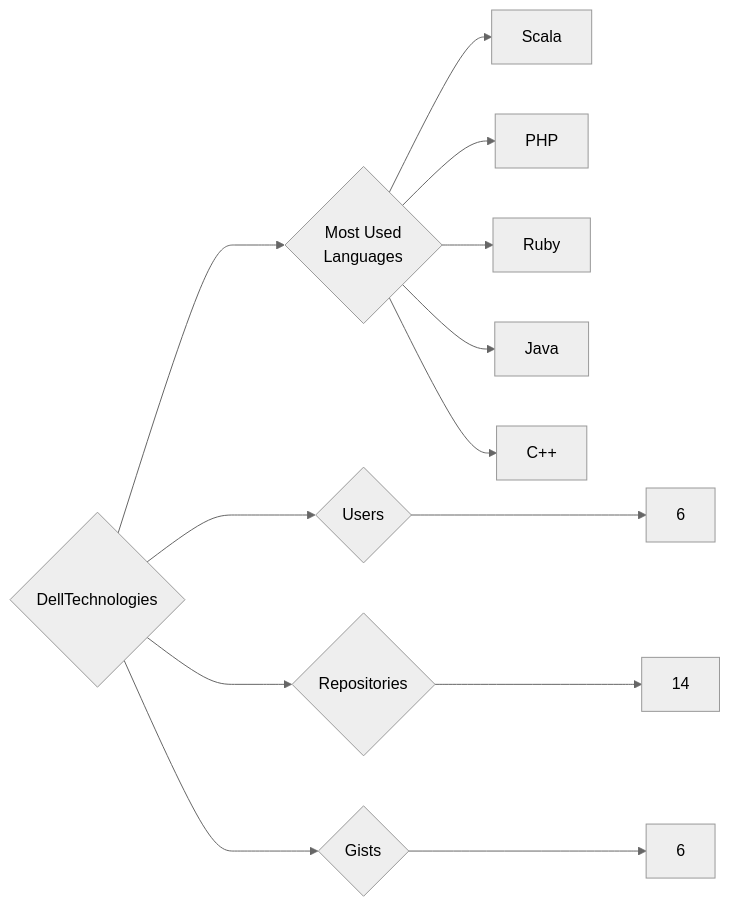
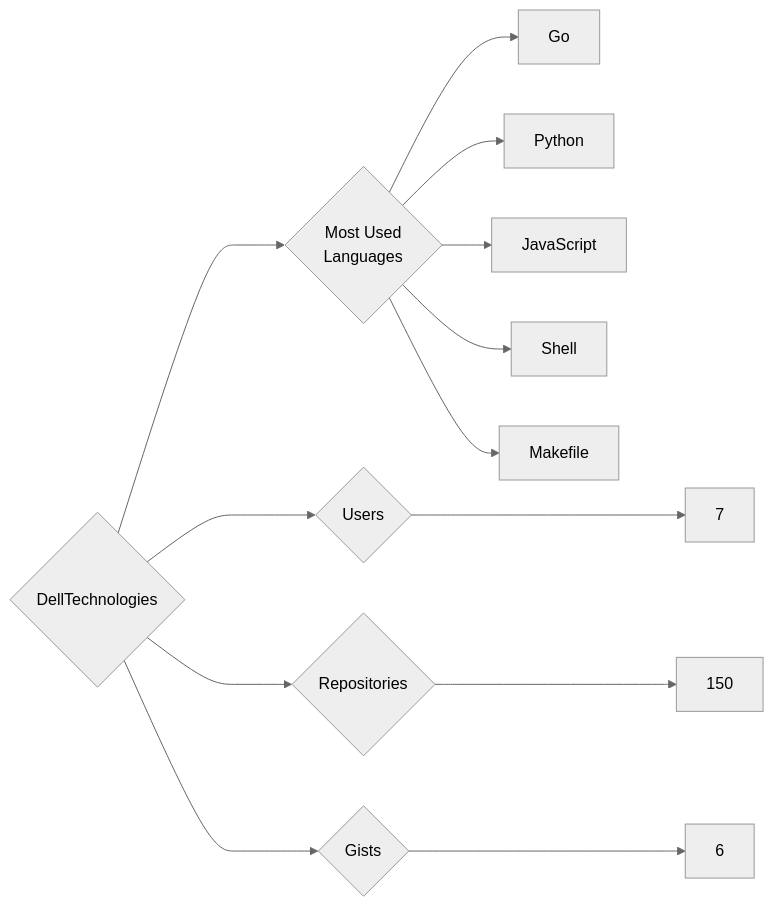
The diagram in targets/DellTechnologies/README.md (trickest/insiders), drawn with Mermaid (neutral theme) before and after one commit. The commit also changed 933 other files, not shown here.

````diff
--- a/targets/DellTechnologies/README.md
+++ b/targets/DellTechnologies/README.md
@@ -3,13 +3,13 @@
 ```mermaid
 graph LR
 COMPANY_NAME{DellTechnologies}
-COMPANY_NAME ---> U{Users} ---> UN[6]
-COMPANY_NAME ---> R{Repositories} ---> RN[14]
+COMPANY_NAME ---> U{Users} ---> UN[7]
+COMPANY_NAME ---> R{Repositories} ---> RN[150]
 COMPANY_NAME ---> G{Gists} ---> GN[6]
 COMPANY_NAME ---> ML{Most Used<br>Languages}
-ML --> Scala[Scala]
-ML --> PHP[PHP]
-ML --> Ruby[Ruby]
-ML --> Java[Java]
-ML --> C++[C++]
+ML --> Go[Go]
+ML --> Python[Python]
+ML --> JavaScript[JavaScript]
+ML --> Shell[Shell]
+ML --> Makefile[Makefile]
 ```
````
